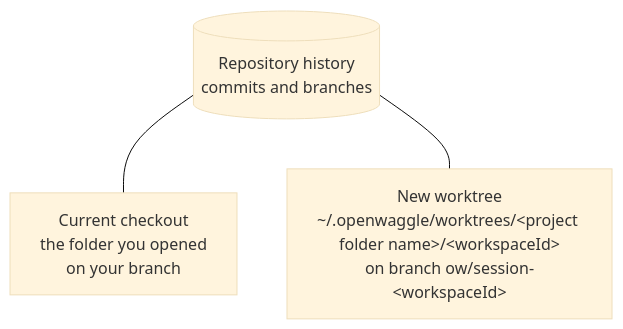
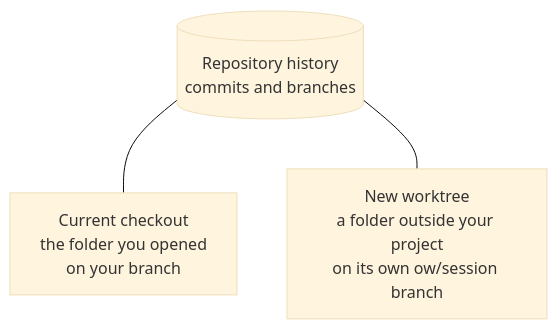
Before and after one commit to OpenWaggle/OpenWaggle: the diagram in website/src/content/docs/developer-workflow/projects-and-worktrees.md, drawn with Mermaid (base theme). The commit also changed other lines of this file and 8 other files, not shown here.

First line of the commit message:
docs(website): rewrite Session Summary, Git, browser, terminal, worktree and schedule guides in plain English

````diff
--- a/website/src/content/docs/developer-workflow/projects-and-worktrees.md
+++ b/website/src/content/docs/developer-workflow/projects-and-worktrees.md
@@ -25,8 +19,8 @@
 ```mermaid
 flowchart TD
   repo[("Repository history<br/>commits and branches")]
   checkout["Current checkout<br/>the folder you opened<br/>on your branch"]
-  worktree["New worktree<br/>~/.openwaggle/worktrees/&lt;project folder name&gt;/&lt;workspaceId&gt;<br/>on branch ow/session-&lt;workspaceId&gt;"]
+  worktree["New worktree<br/>a folder outside your project<br/>on its own ow/session branch"]
   repo --- checkout
   repo --- worktree
 ```
````
